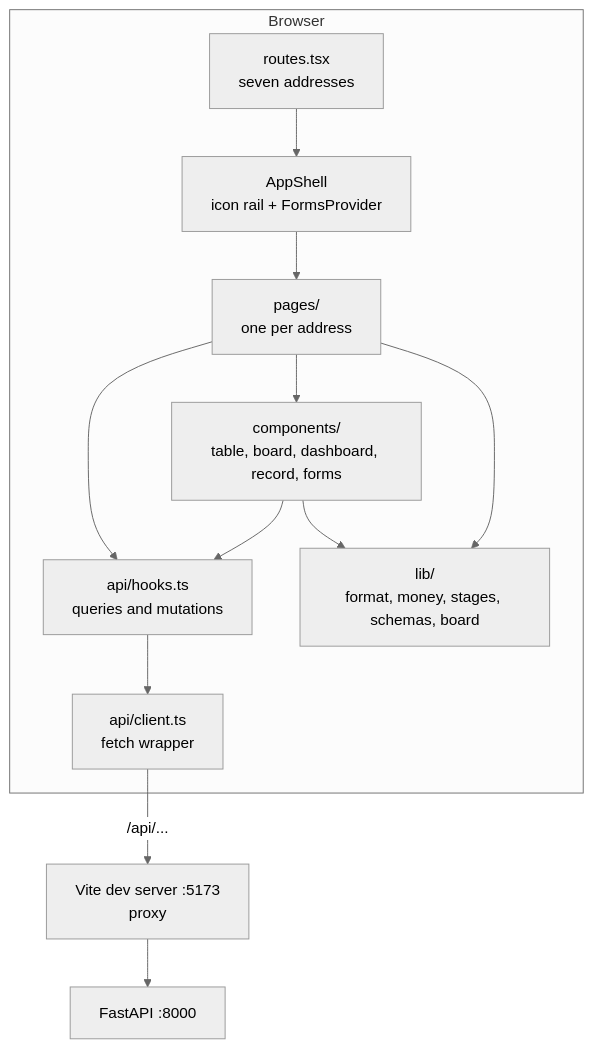
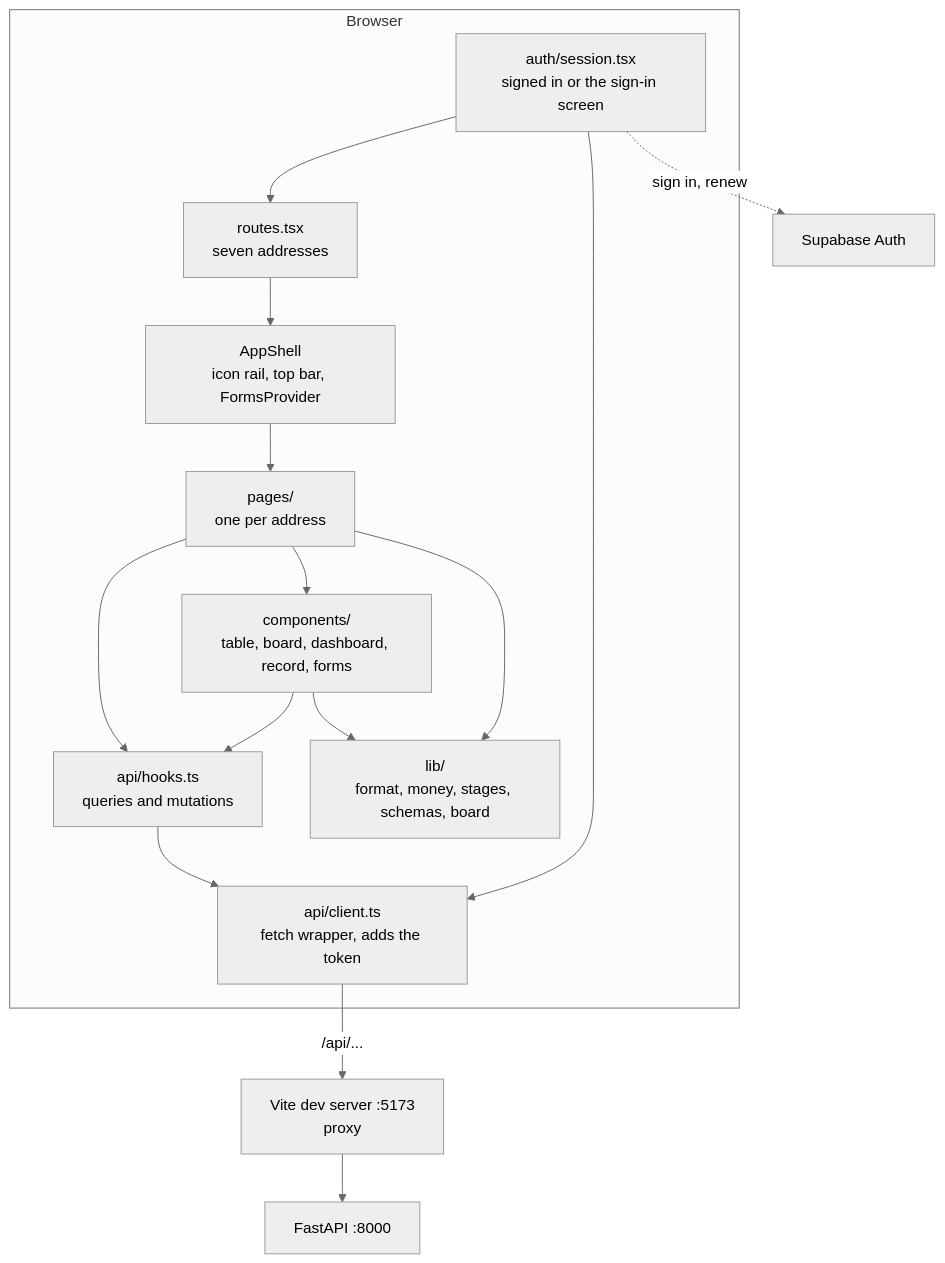
Before and after one commit to deltarem/accountable: the first of 4 diagrams in docs/frontend-architecture.md, drawn with Mermaid (neutral theme). The commit also changed other lines of this file and 173 other files, not shown here.

````diff
--- a/docs/frontend-architecture.md
+++ b/docs/frontend-architecture.md
@@ -28,15 +29,18 @@
 ```mermaid
 flowchart TD
     subgraph Browser
-        R[routes.tsx<br/>seven addresses] --> S[AppShell<br/>icon rail + FormsProvider]
+        SE[auth/session.tsx<br/>signed in or the sign-in screen] --> R
+        R[routes.tsx<br/>seven addresses] --> S[AppShell<br/>icon rail, top bar, FormsProvider]
         S --> P[pages/<br/>one per address]
         P --> C[components/<br/>table, board, dashboard, record, forms]
         P --> H[api/hooks.ts<br/>queries and mutations]
         C --> H
         C --> L[lib/<br/>format, money, stages, schemas, board]
         P --> L
-        H --> CL[api/client.ts<br/>fetch wrapper]
+        H --> CL[api/client.ts<br/>fetch wrapper, adds the token]
+        SE --> CL
     end
     CL -- "/api/..." --> V[Vite dev server :5173<br/>proxy]
     V --> F[FastAPI :8000]
+    SE -. "sign in, renew" .-> SB[Supabase Auth]
 ```
````
